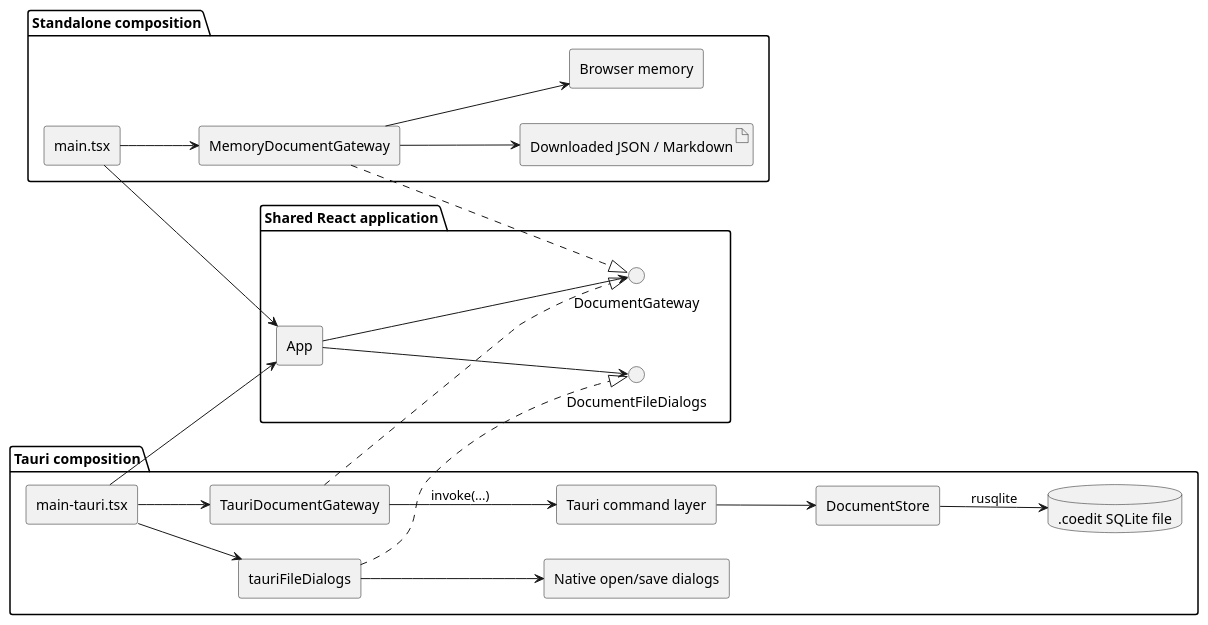
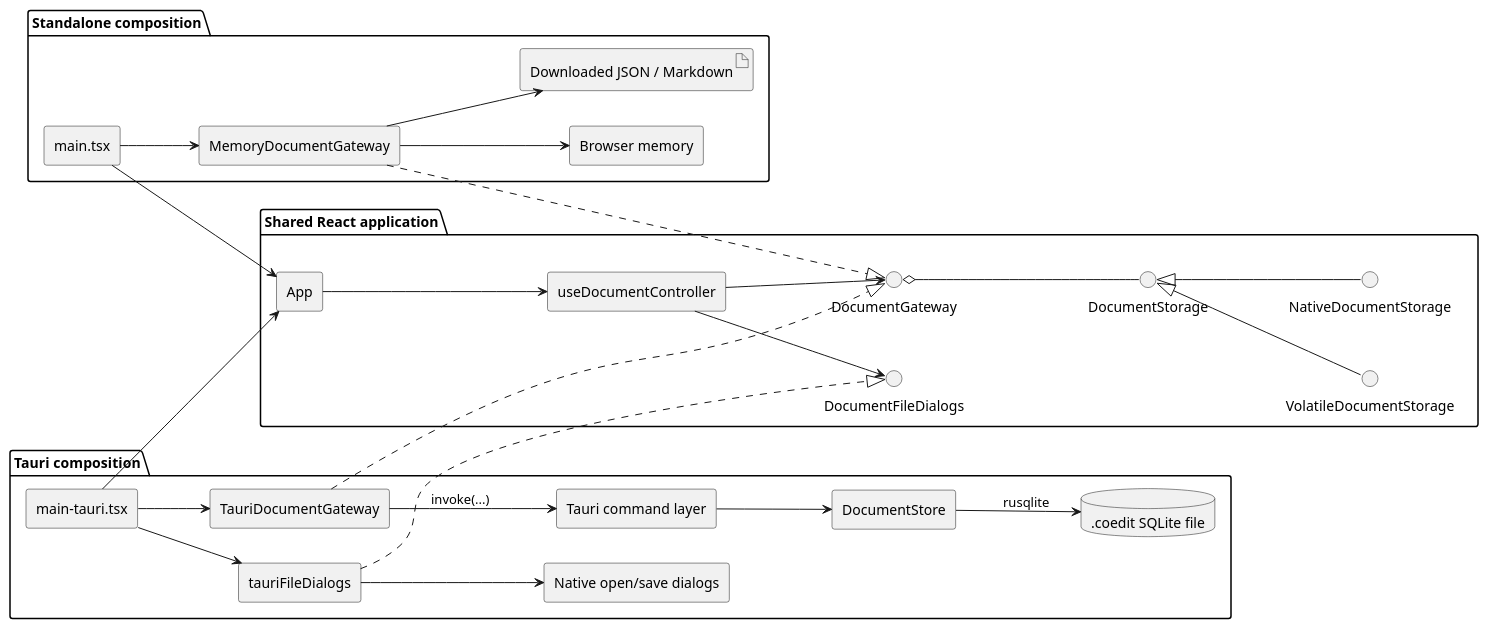
Before and after one commit to benoit-gl/coedit: the first of 6 diagrams in docs/PERSISTENCE_DESIGN.md, drawn with PlantUML. The commit also changed other lines of this file and 44 other files, not shown here.

Commit message:
Architectural update (cleanup)

````diff
--- a/docs/PERSISTENCE_DESIGN.md
+++ b/docs/PERSISTENCE_DESIGN.md
@@ -18,46 +18,54 @@
 ```plantuml
 @startuml
 skinparam componentStyle rectangle
 left to right direction
 
 package "Shared React application" {
   component App
+  component useDocumentController as Controller
   interface DocumentGateway
+  interface DocumentStorage
+  interface VolatileDocumentStorage
+  interface NativeDocumentStorage
   interface DocumentFileDialogs
 }
 
 package "Standalone composition" {
   component "main.tsx" as StandaloneMain
   component "MemoryDocumentGateway" as Memory
   rectangle "Browser memory" as BrowserMemory
   artifact "Downloaded JSON / Markdown" as Download
 }
 
 package "Tauri composition" {
   component "main-tauri.tsx" as TauriMain
   component "TauriDocumentGateway" as TauriGateway
   component "tauriFileDialogs" as FileDialogs
   component "Tauri command layer" as Commands
   component DocumentStore as Store
   database ".coedit SQLite file" as SQLite
   component "Native open/save dialogs" as NativeDialogs
 }
 
 StandaloneMain --> App
 StandaloneMain --> Memory
 TauriMain --> App
 TauriMain --> TauriGateway
 TauriMain --> FileDialogs
-App --> DocumentGateway
-App --> DocumentFileDialogs
+App --> Controller
+Controller --> DocumentGateway
+Controller --> DocumentFileDialogs
+DocumentGateway o-- DocumentStorage
+DocumentStorage <|-- VolatileDocumentStorage
+DocumentStorage <|-- NativeDocumentStorage
 Memory ..|> DocumentGateway
 TauriGateway ..|> DocumentGateway
 FileDialogs ..|> DocumentFileDialogs
 Memory --> BrowserMemory
 Memory --> Download
 TauriGateway --> Commands : invoke(...)
 Commands --> Store
 Store --> SQLite : rusqlite
 FileDialogs --> NativeDialogs
 @enduml
 ```
````
